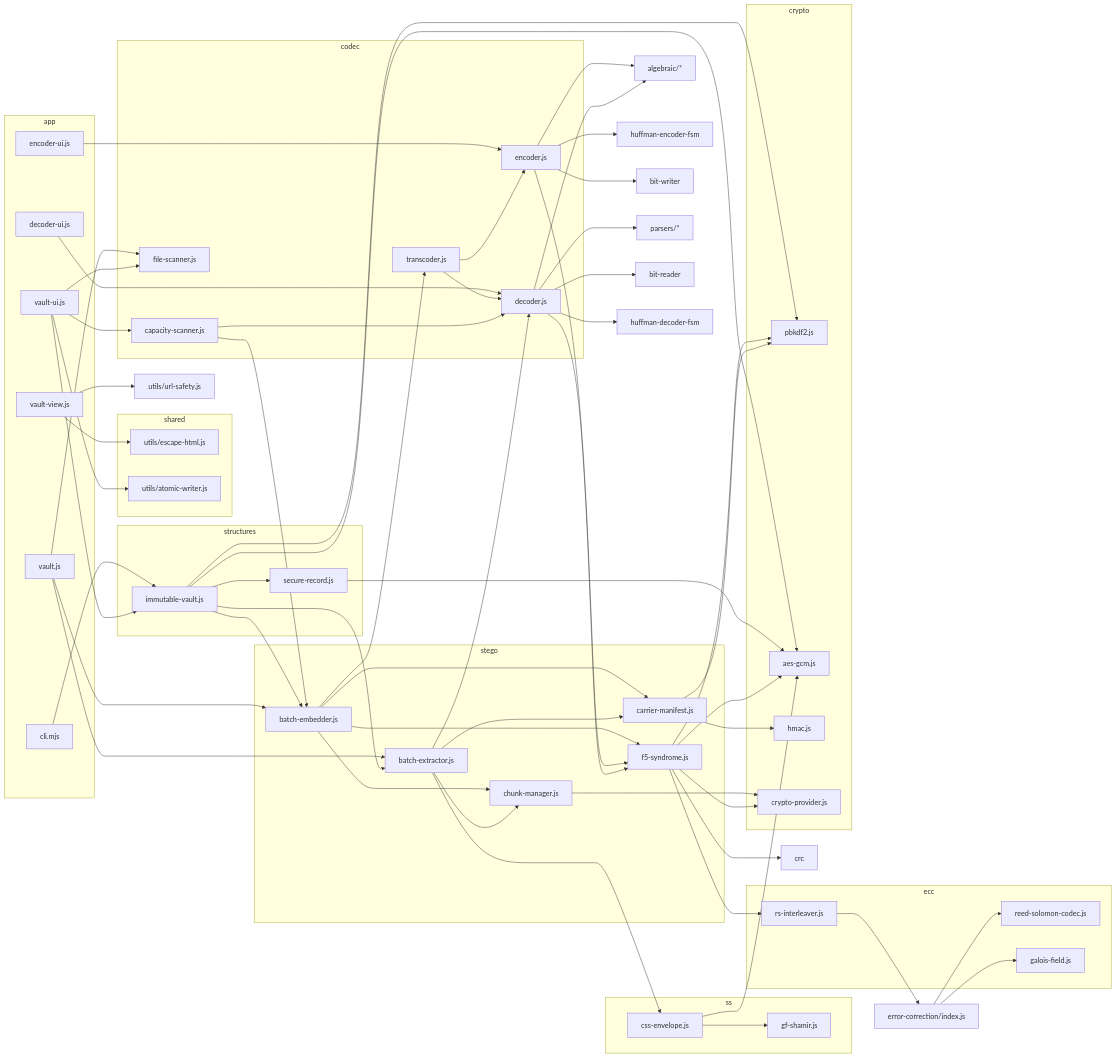
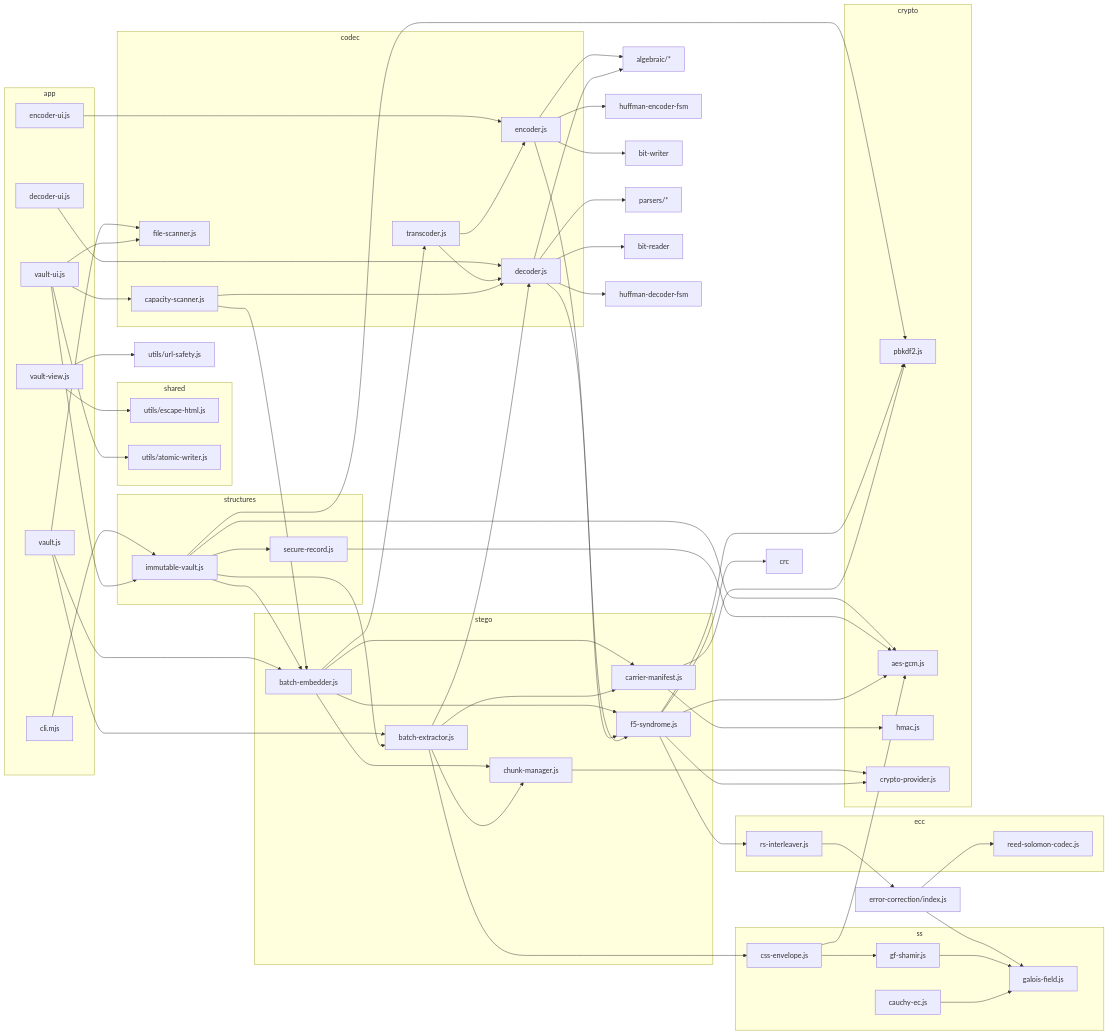
Before and after one commit to jessebeard/Ollie: the second of 6 diagrams in WIREFRAME.md, drawn with Mermaid. The commit also changed 14 other files, not shown here.

```diff
--- a/WIREFRAME.md
+++ b/WIREFRAME.md
@@ -190,6 +190,8 @@
     subgraph ss
         shamir["gf-shamir.js"]
         env["css-envelope.js"]
+        gf["gf256.js"]
+        cauchy["cauchy-ec.js"]
     end
 
     subgraph ecc
@@ -258,6 +260,8 @@
     cman --> pbkdf
     env --> shamir
     env --> aes
+    shamir --> gf
+    cauchy --> gf
 
     enc --> alg["algebraic/*"]
     enc --> huffenc["huffman-encoder-fsm"]
```
